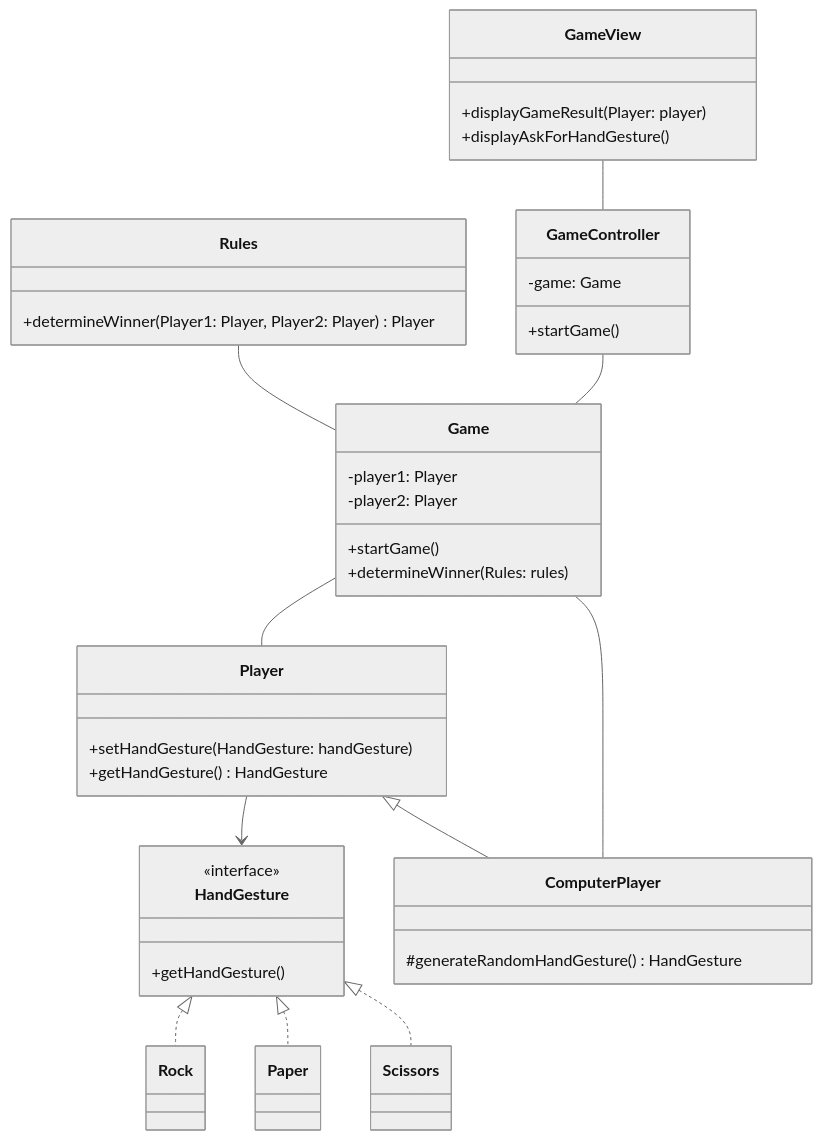
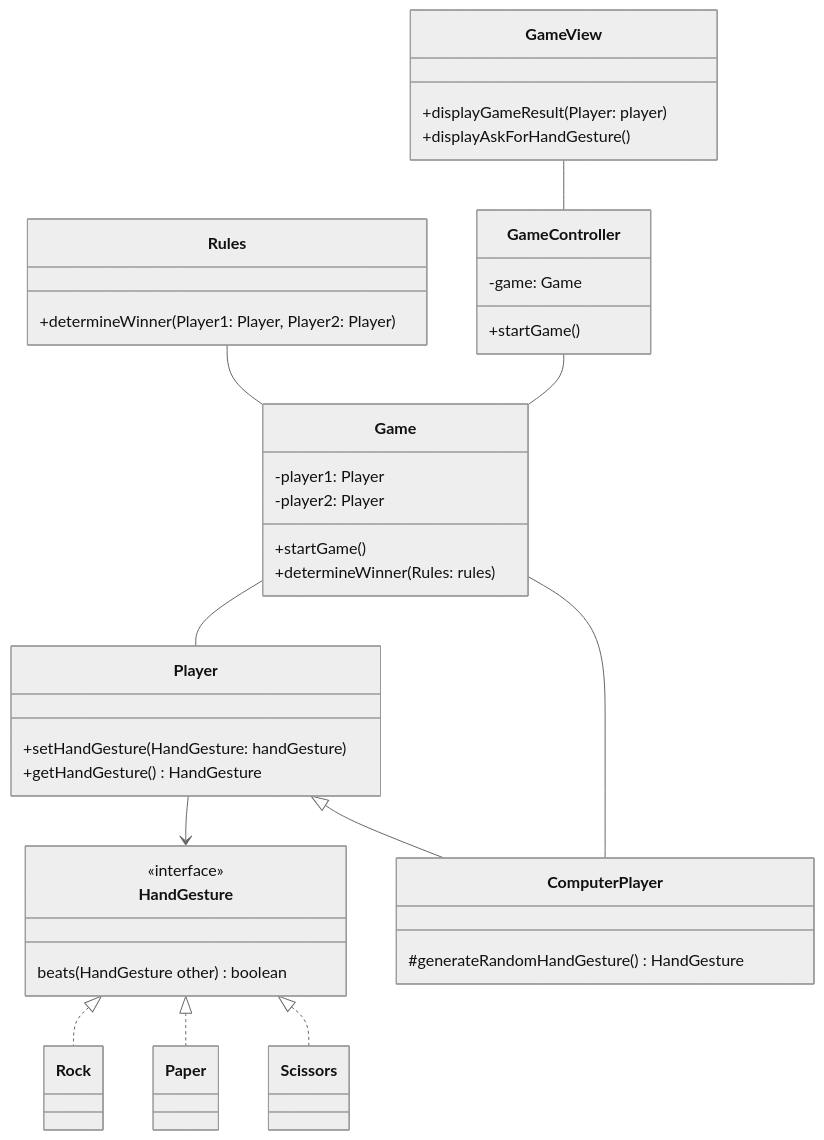
One commit to Witten2002/1dv609-Assignment1-part2 changed the diagram in Design.md. Above: the diagram before and after it, drawn with Mermaid (neutral theme). The commit also changed 13 other files, not shown here.

````diff
--- a/Design.md
+++ b/Design.md
@@ -1,65 +1,65 @@
 ```mermaid 
 classDiagram
 class HandGesture {
   <<interface>>
-  +getHandGesture()
+  beats(HandGesture other) boolean
 }
 
 class Rock {
  
 }
 
 class Paper {
  
 }
 
 class Scissors {
  
 }
 
 HandGesture <|.. Rock
 HandGesture <|.. Paper
 HandGesture <|.. Scissors
 
 class Player {
   +setHandGesture(HandGesture: handGesture)
   +getHandGesture() HandGesture
 }
 
 class ComputerPlayer {
   #generateRandomHandGesture() HandGesture
 }
 
 Player <|-- ComputerPlayer
 Player --> HandGesture
 
 class Game {
   -player1: Player
   -player2: Player
   +startGame()
   +determineWinner(Rules: rules)
 }
 
 Game -- Player
 Game -- ComputerPlayer
 
 class Rules {
-  +determineWinner(Player1: Player, Player2: Player) Player
+  +determineWinner(Player1: Player, Player2: Player)
 }
 
 Rules -- Game
 
 class GameController {
   -game: Game
   +startGame()
 }
 
 GameController -- Game
 
 class GameView {
   +displayGameResult(Player: player)
   +displayAskForHandGesture()
 }
 
 GameView -- GameController
 ```
````
